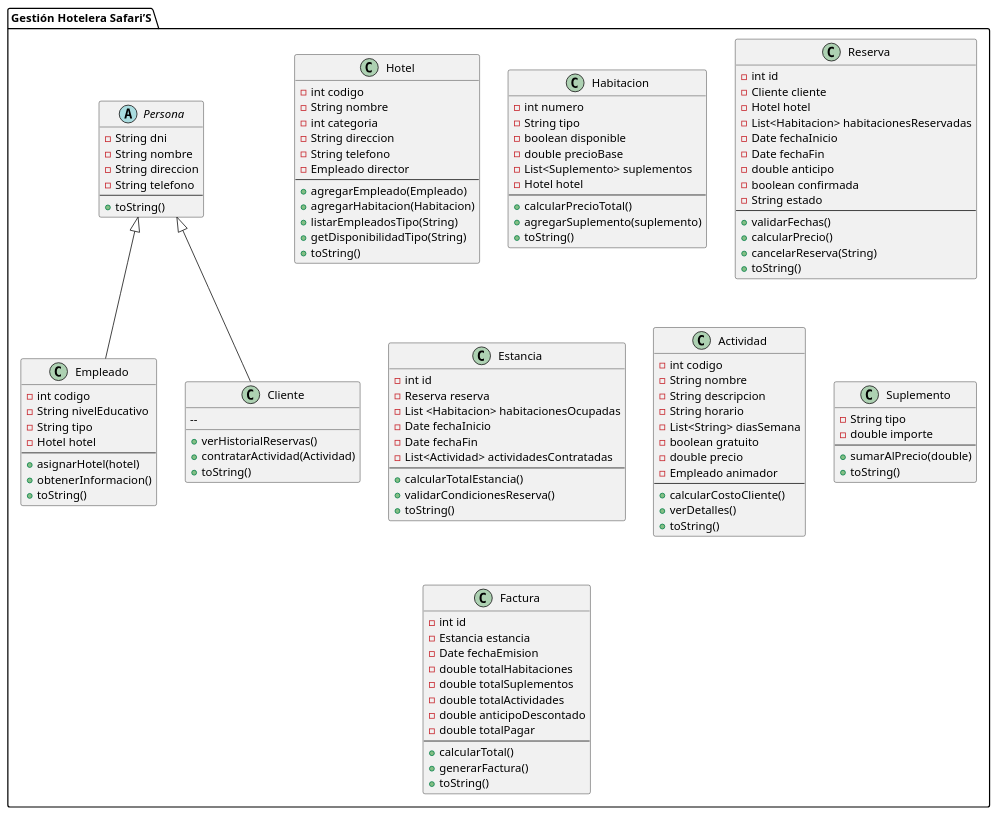
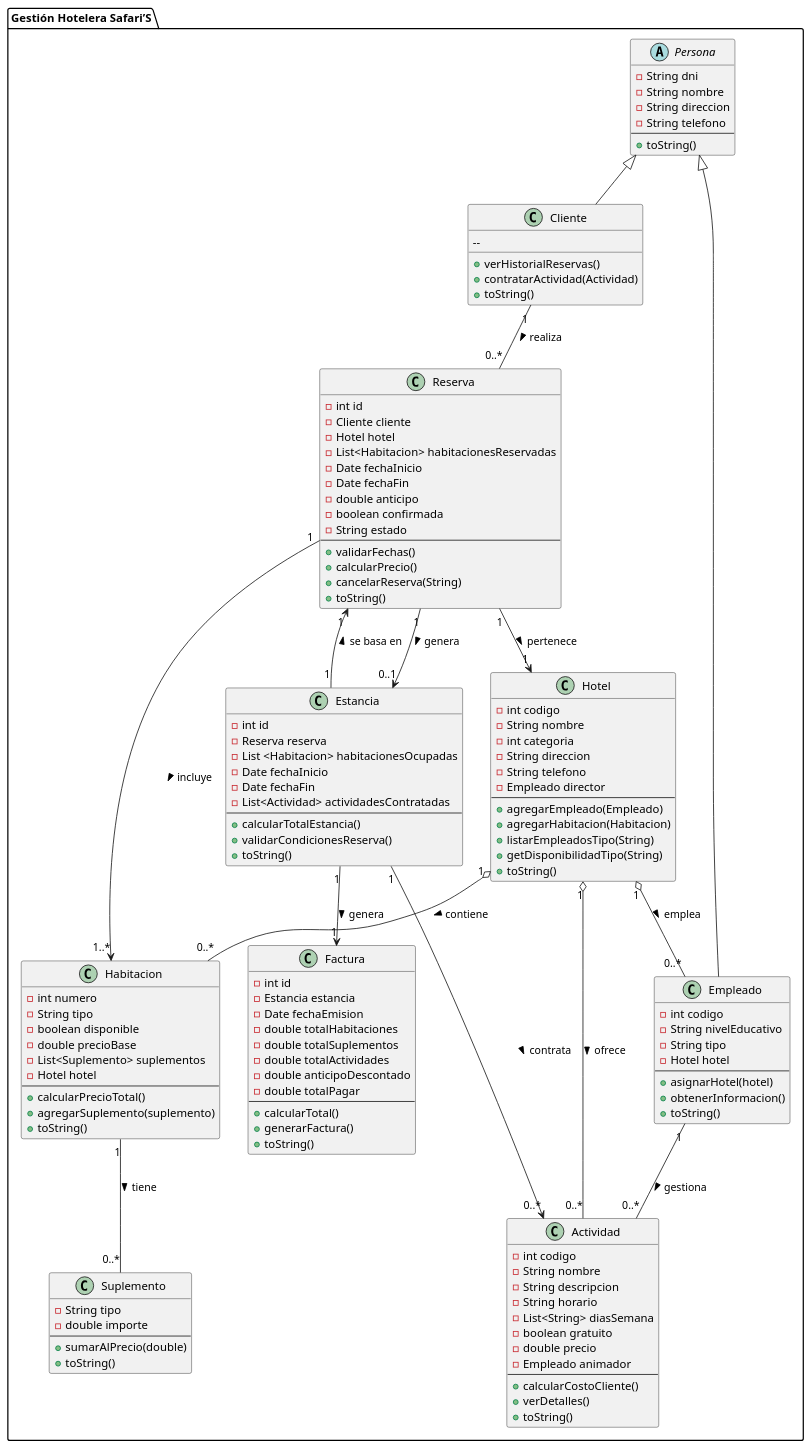
One commit to mauroanaya3/HotelSafaris changed the diagram in src/co/edu/ude/poo/hotelsafaris/documentacion/Diagrama_clases_conceptual.puml. Above: the diagram before and after it, drawn with PlantUML.

Commit message:
Creacion de las clases

```diff
--- a/src/co/edu/ude/poo/hotelsafaris/documentacion/Diagrama_clases_conceptual.puml
+++ b/src/co/edu/ude/poo/hotelsafaris/documentacion/Diagrama_clases_conceptual.puml
@@ -1,137 +1,152 @@
 @startuml
 
 package "Gestión Hotelera Safari’S" {
 
 'Clases
 abstract class Persona {
     - String dni
     - String nombre
     - String direccion
     - String telefono
     --
     + toString()
 }
 
 class Empleado {
     - int codigo
     - String nivelEducativo
     - String tipo
     - Hotel hotel
     --
     + asignarHotel(hotel)
     + obtenerInformacion()
     + toString()
 }
 
 class Cliente {
     -- 
     + verHistorialReservas()
     + contratarActividad(Actividad)
     + toString()
 }
 
 class Hotel {
     - int codigo
     - String nombre
     - int categoria
     - String direccion
     - String telefono
     - Empleado director
     --
     + agregarEmpleado(Empleado)
     + agregarHabitacion(Habitacion)
     + listarEmpleadosTipo(String)
     + getDisponibilidadTipo(String)
     + toString()
 }
 
 class Habitacion {
     - int numero
     - String tipo
     - boolean disponible
     - double precioBase
     - List<Suplemento> suplementos
     - Hotel hotel
     --
     + calcularPrecioTotal()
     + agregarSuplemento(suplemento)
     + toString()
 }
 
 class Reserva {
     - int id
     - Cliente cliente
     - Hotel hotel
     - List<Habitacion> habitacionesReservadas
     - Date fechaInicio
     - Date fechaFin
     - double anticipo
     - boolean confirmada
     - String estado
     --
     + validarFechas()
     + calcularPrecio()
     + cancelarReserva(String)
     + toString()
 }
 
 class Estancia {
     - int id
     - Reserva reserva
     - List <Habitacion> habitacionesOcupadas
     - Date fechaInicio
     - Date fechaFin
     - List<Actividad> actividadesContratadas
     --
     + calcularTotalEstancia()
     + validarCondicionesReserva()
     + toString() 
 }
 
 class Actividad {
     - int codigo
     - String nombre
     - String descripcion
     - String horario
     - List<String> diasSemana
     - boolean gratuito
     - double precio
     - Empleado animador
     --
     + calcularCostoCliente()
     + verDetalles()
     + toString()
 }
 
 class Suplemento {
     - String tipo
     - double importe
     --
     + sumarAlPrecio(double)
     + toString()
 }
 
 class Factura {
     - int id
     - Estancia estancia
     - Date fechaEmision
     - double totalHabitaciones
     - double totalSuplementos
     - double totalActividades
     - double anticipoDescontado
     - double totalPagar
     --
     + calcularTotal()
     + generarFactura()
     + toString()
 }
 
 ' Herencia
 Persona <|-- Empleado
 Persona <|-- Cliente
 
 'Relaciones
+Hotel "1" o-- "0..*" Empleado : emplea >
+Hotel "1" o-- "0..*" Habitacion : contiene >
+Hotel "1" o-- "0..*" Actividad : ofrece >
 
+Empleado "1" -- "0..*" Actividad : gestiona >
+
+Cliente "1" -- "0..*" Reserva : realiza >
+Reserva "1" --> "0..1" Estancia : genera >
+Reserva "1" --> "1" Hotel : pertenece >
+Reserva "1" --> "1..*" Habitacion : incluye >
+
+Habitacion "1" -- "0..*" Suplemento : tiene >
+
+Estancia "1" --> "1" Reserva : se basa en >
+Estancia "1" --> "0..*" Actividad : contrata >
+Estancia "1" --> "1" Factura : genera >
 
 }
 @enduml
```
